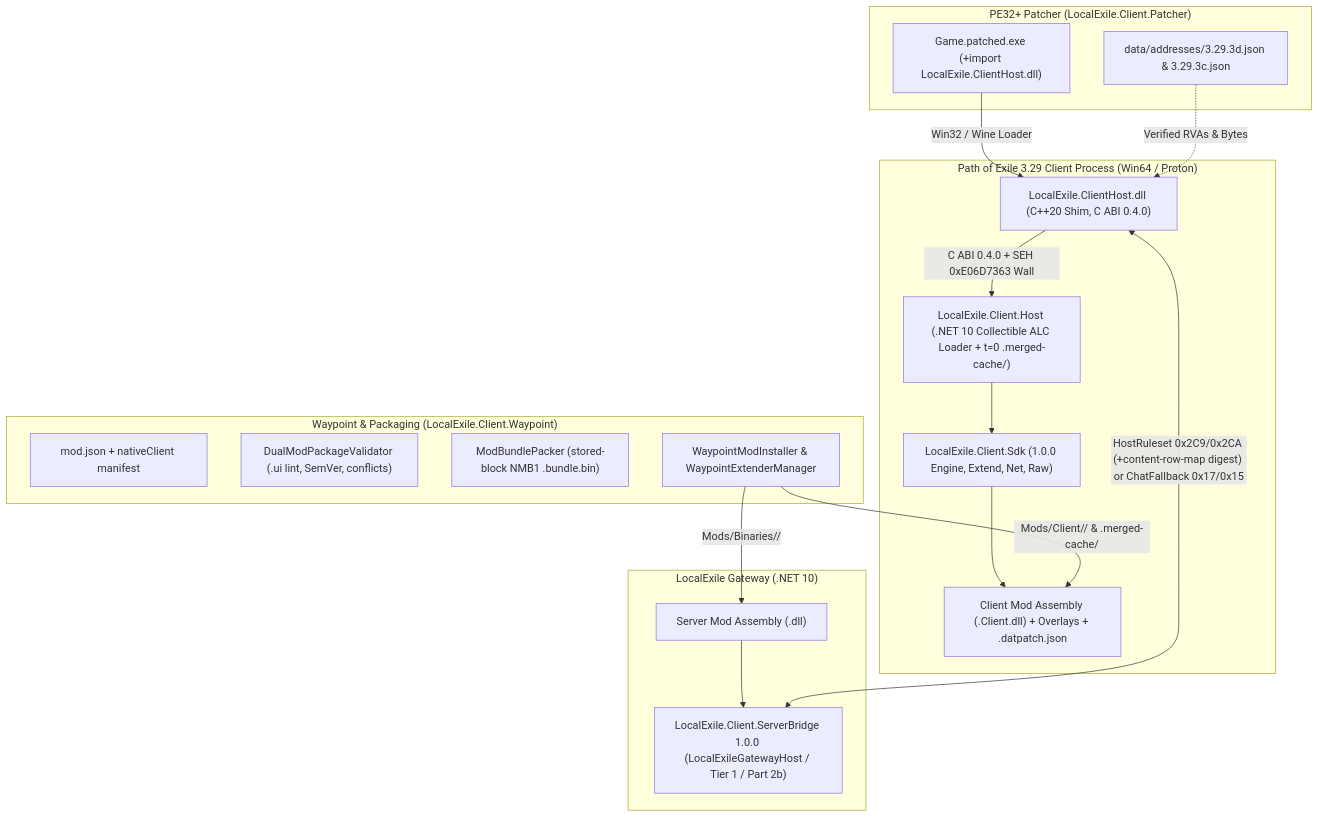
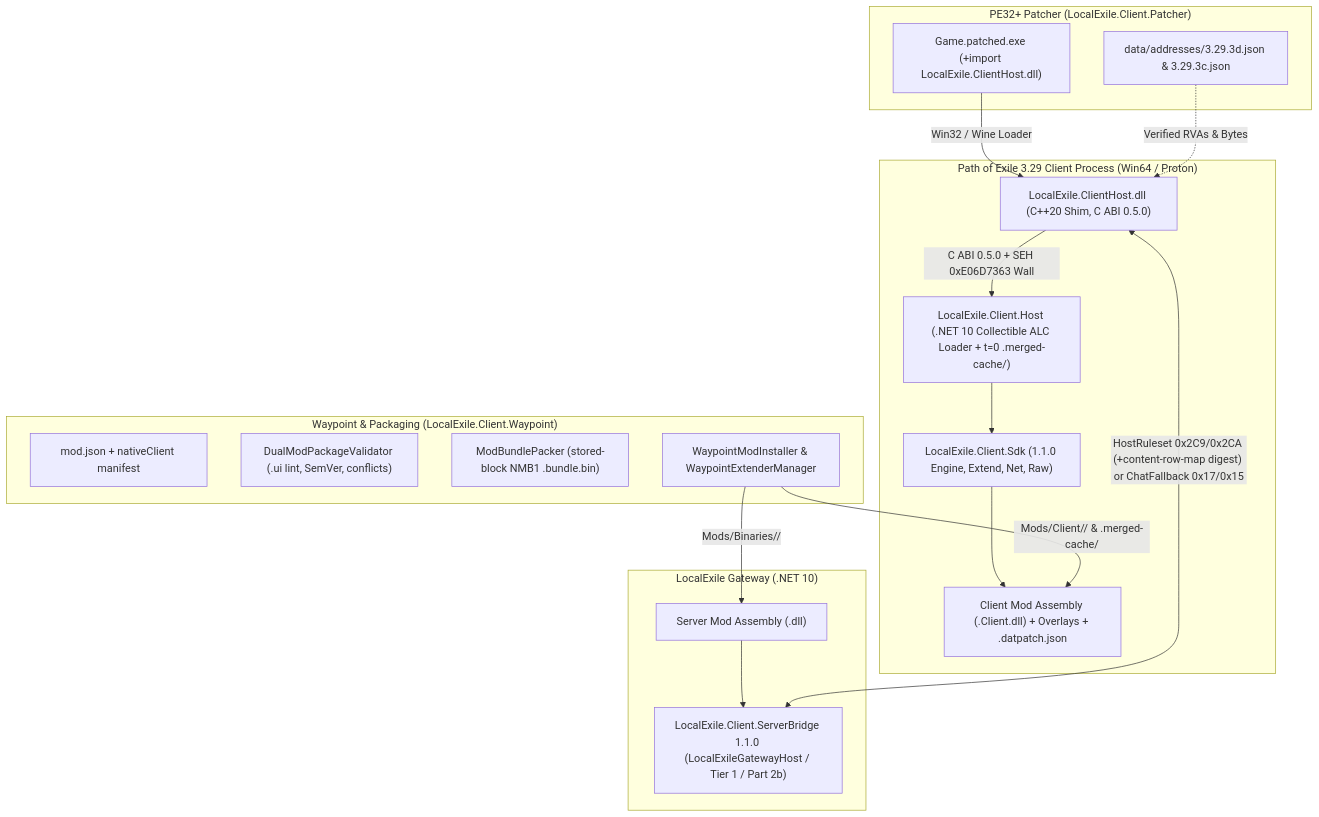
Before and after one commit to mrnamwen/LocalExile-NativeMods: the diagram in docs/README.md, drawn with Mermaid. The commit also changed other lines of this file and 21 other files, not shown here.

````diff
--- a/docs/README.md
+++ b/docs/README.md
@@ -57,36 +57,36 @@
 ```mermaid
 flowchart TB
     subgraph Waypoint["Waypoint & Packaging (LocalExile.Client.Waypoint)"]
         Manifest["mod.json + nativeClient manifest"]
         Validator["DualModPackageValidator (.ui lint, SemVer, conflicts)"]
         Packer["ModBundlePacker (stored-block NMB1 .bundle.bin)"]
         Installer["WaypointModInstaller & WaypointExtenderManager"]
     end
 
     subgraph Patcher["PE32+ Patcher (LocalExile.Client.Patcher)"]
         PE["Game.patched.exe (+import LocalExile.ClientHost.dll)"]
         AddrDB["data/addresses/3.29.3d.json & 3.29.3c.json"]
     end
 
     subgraph Client["Path of Exile 3.29 Client Process (Win64 / Proton)"]
-        Shim["LocalExile.ClientHost.dll (C++20 Shim, C ABI 0.4.0)"]
+        Shim["LocalExile.ClientHost.dll (C++20 Shim, C ABI 0.5.0)"]
         Host["LocalExile.Client.Host (.NET 10 Collectible ALC Loader + t=0 .merged-cache/)"]
-        SDK["LocalExile.Client.Sdk (1.0.0 Engine, Extend, Net, Raw)"]
+        SDK["LocalExile.Client.Sdk (1.1.0 Engine, Extend, Net, Raw)"]
         ClientMod["Client Mod Assembly (<id>.Client.dll) + Overlays + .datpatch.json"]
-        Shim -->|"C ABI 0.4.0 + SEH 0xE06D7363 Wall"| Host
+        Shim -->|"C ABI 0.5.0 + SEH 0xE06D7363 Wall"| Host
         Host --> SDK
         SDK --> ClientMod
     end
 
     subgraph Server["LocalExile Gateway (.NET 10)"]
-        Bridge["LocalExile.Client.ServerBridge 1.0.0 (LocalExileGatewayHost / Tier 1 / Part 2b)"]
+        Bridge["LocalExile.Client.ServerBridge 1.1.0 (LocalExileGatewayHost / Tier 1 / Part 2b)"]
         ServerMod["Server Mod Assembly (<id>.dll)"]
         ServerMod --> Bridge
     end
 
     Installer -->|"Mods/Client/<id>/ & .merged-cache/"| ClientMod
     Installer -->|"Mods/Binaries/<id>/"| ServerMod
     PE -->|"Win32 / Wine Loader"| Shim
     AddrDB -.->|"Verified RVAs & Bytes"| Shim
     Shim <-->|"HostRuleset 0x2C9/0x2CA (+content-row-map digest) or ChatFallback 0x17/0x15"| Bridge
 ```
````
